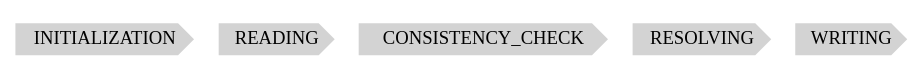
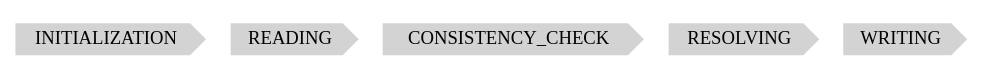
One commit to DocumentationBook/SphinxDocumentation changed the diagram in research/sphinx/phases.gv. Above: the diagram before and after it, drawn with Graphviz. The commit also changed 12 other files, not shown here.

Commit message:
RESOLVE and WRITING phases started.

```diff
--- a/research/sphinx/phases.gv
+++ b/research/sphinx/phases.gv
@@ -1,9 +1,9 @@
 digraph {
 //	graph [rankdir=LR]
 	node [color=none fillcolor=lightgrey shape=cds style=filled]
-	"init" [label="INITIALIZATION" href="../research/sphinx/app_init/" target=_top]
-	"read" [label="READING" href="../research/sphinx/read/" target=_top]
-	"consistency" [label="CONSISTENCY_CHECK" href="../research/sphinxconsistency/" target=_top]
-	"resolve" [label="RESOLVING" href="../research/sphinx/resolve/" target=_top]
-	"write" [label="WRITING" href="../research/sphinx/write/" target=_top]
+	"init" [label="INITIALIZATION  " href="../research/sphinx/app_init/" target=_top]
+	"read" [label="READING  " href="../research/sphinx/read/" target=_top]
+	"consistency" [label="CONSISTENCY_CHECK  " href="../research/sphinxconsistency/" target=_top]
+	"resolve" [label="RESOLVING  " href="../research/sphinx/resolve/" target=_top]
+	"write" [label="WRITING  " href="../research/sphinx/write/" target=_top]
 }
```
